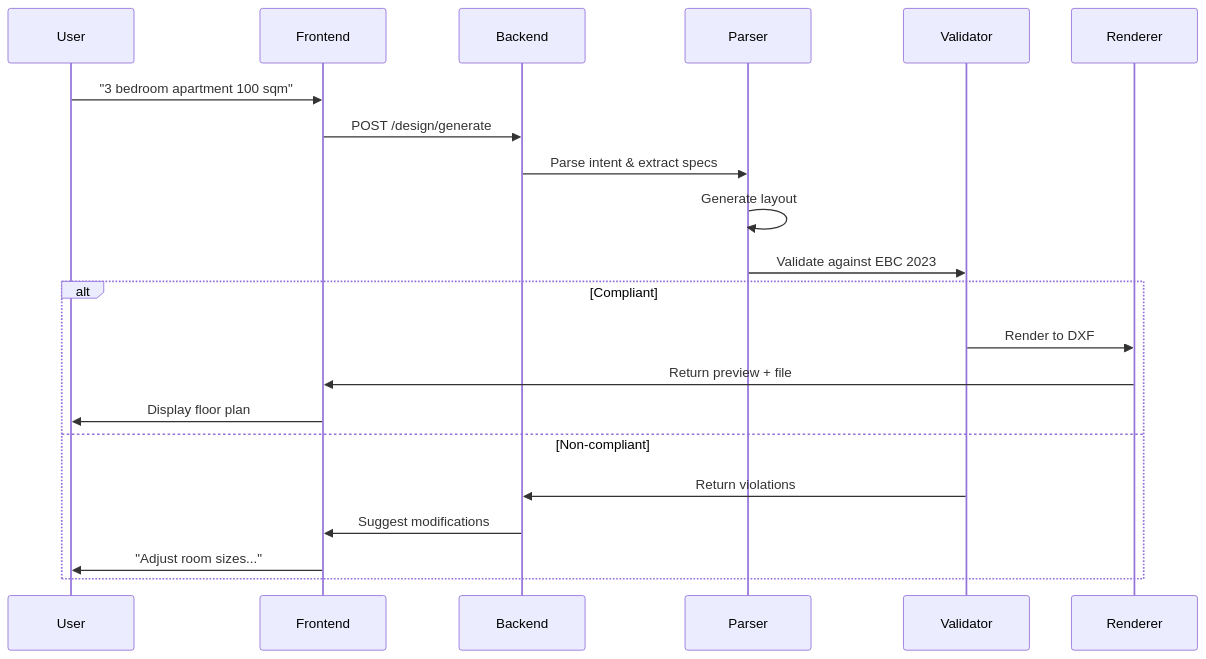
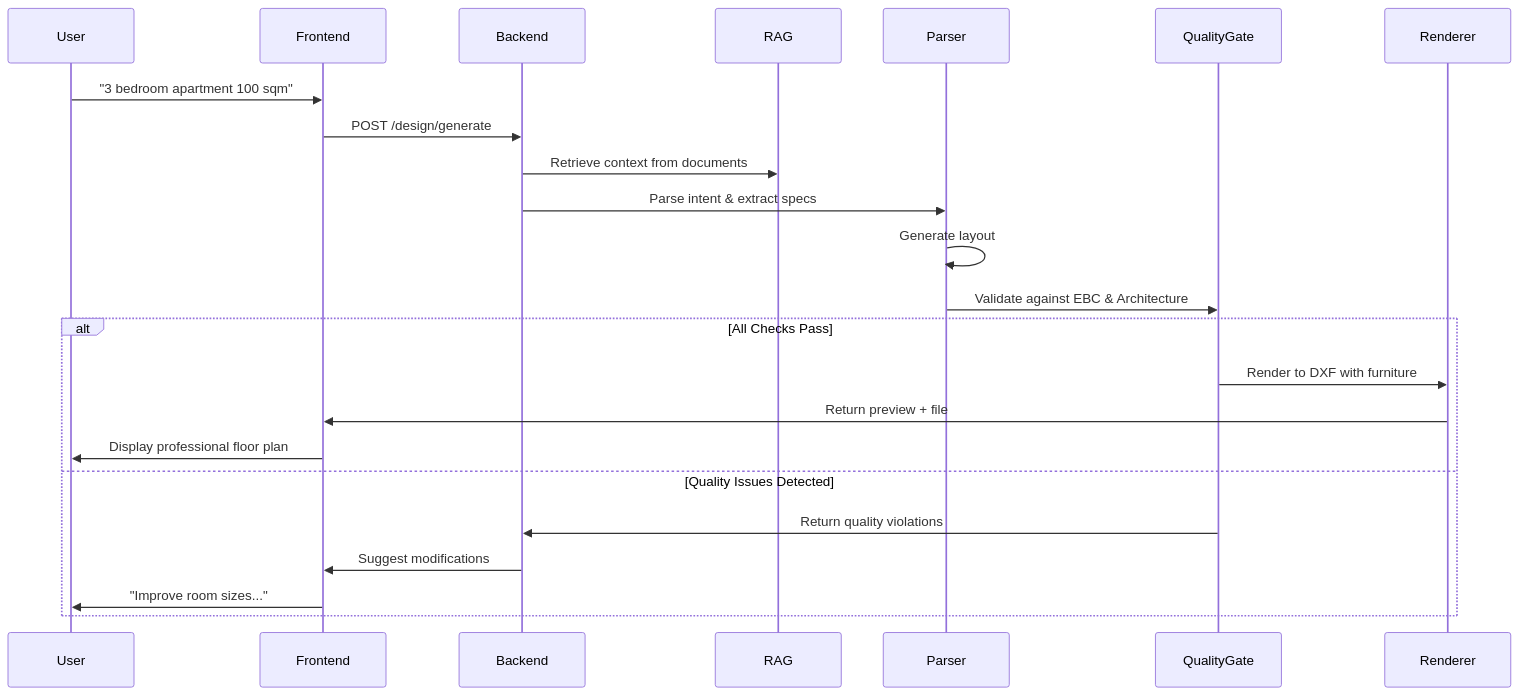
One commit to Youssefx64/CadArena changed the third of 5 diagrams in README.md. Above: the diagram before and after it, drawn with Mermaid. The commit also changed other lines of this file, not shown here.

````diff
--- a/README.md
+++ b/README.md
@@ -110,25 +132,27 @@
 ```mermaid
 sequenceDiagram
     participant User
     participant Frontend
     participant Backend
+    participant RAG
     participant Parser
-    participant Validator
+    participant QualityGate
     participant Renderer
     
     User->>Frontend: "3 bedroom apartment 100 sqm"
     Frontend->>Backend: POST /design/generate
+    Backend->>RAG: Retrieve context from documents
     Backend->>Parser: Parse intent & extract specs
     Parser->>Parser: Generate layout
-    Parser->>Validator: Validate against EBC 2023
+    Parser->>QualityGate: Validate against EBC & Architecture
     
-    alt Compliant
-        Validator->>Renderer: Render to DXF
+    alt All Checks Pass
+        QualityGate->>Renderer: Render to DXF with furniture
         Renderer->>Frontend: Return preview + file
-        Frontend->>User: Display floor plan
-    else Non-compliant
-        Validator->>Backend: Return violations
+        Frontend->>User: Display professional floor plan
+    else Quality Issues Detected
+        QualityGate->>Backend: Return quality violations
         Backend->>Frontend: Suggest modifications
-        Frontend->>User: "Adjust room sizes..."
+        Frontend->>User: "Improve room sizes..."
     end
 ```
````
